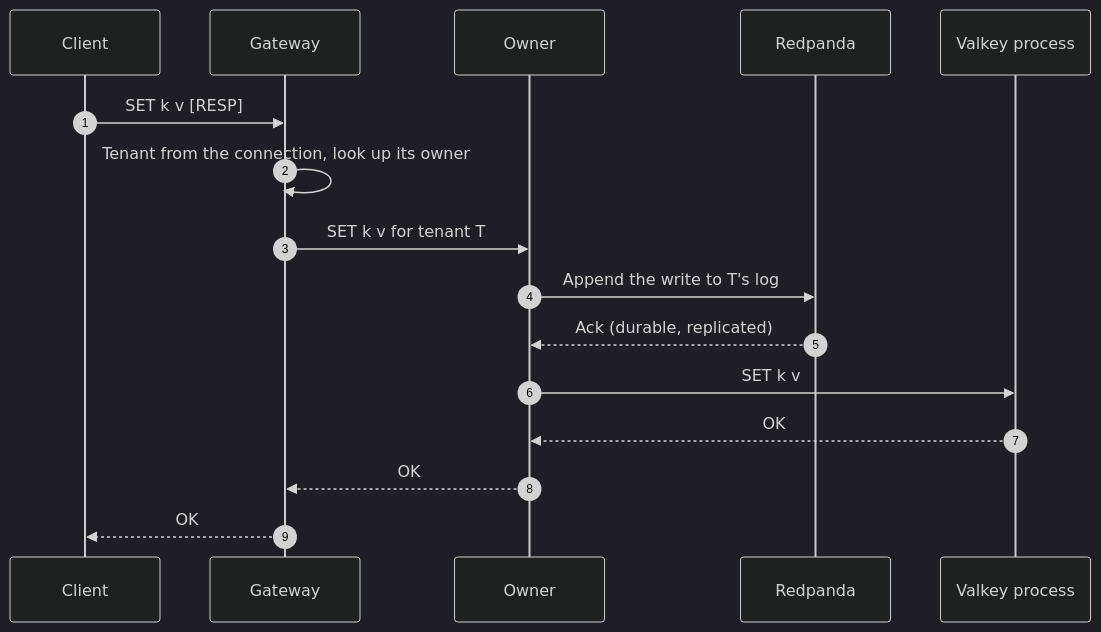
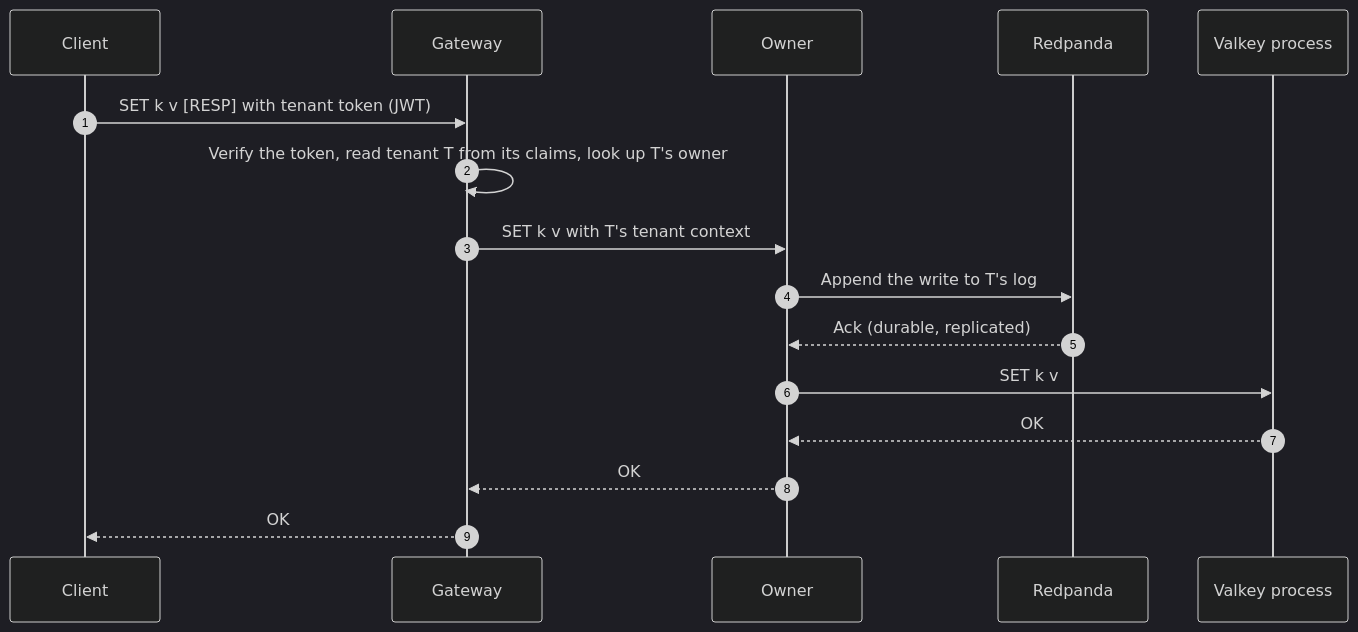
The first of 3 diagrams in docs/diagrams/07-dynamic-flows.md (nickstrad/strata), drawn with Mermaid (dark theme) before and after one commit. The commit also changed other lines of this file and 5 other files, not shown here.

First line of the commit message:
Diagrams: gateway checks a tenant token; control plane owns auth

````diff
--- a/docs/diagrams/07-dynamic-flows.md
+++ b/docs/diagrams/07-dynamic-flows.md
@@ -7,19 +7,19 @@
 ```mermaid
 sequenceDiagram
     autonumber
     participant C as Client
     participant G as Gateway
     participant O as Owner
     participant R as Redpanda
     participant V as Valkey process
 
-    C->>G: SET k v [RESP]
-    G->>G: Tenant from the connection, look up its owner
-    G->>O: SET k v for tenant T
+    C->>G: SET k v [RESP] with tenant token (JWT)
+    G->>G: Verify the token, read tenant T from its claims, look up T's owner
+    G->>O: SET k v with T's tenant context
     O->>R: Append the write to T's log
     R-->>O: Ack (durable, replicated)
     O->>V: SET k v
     V-->>O: OK
     O-->>G: OK
     G-->>C: OK
 ```
````
